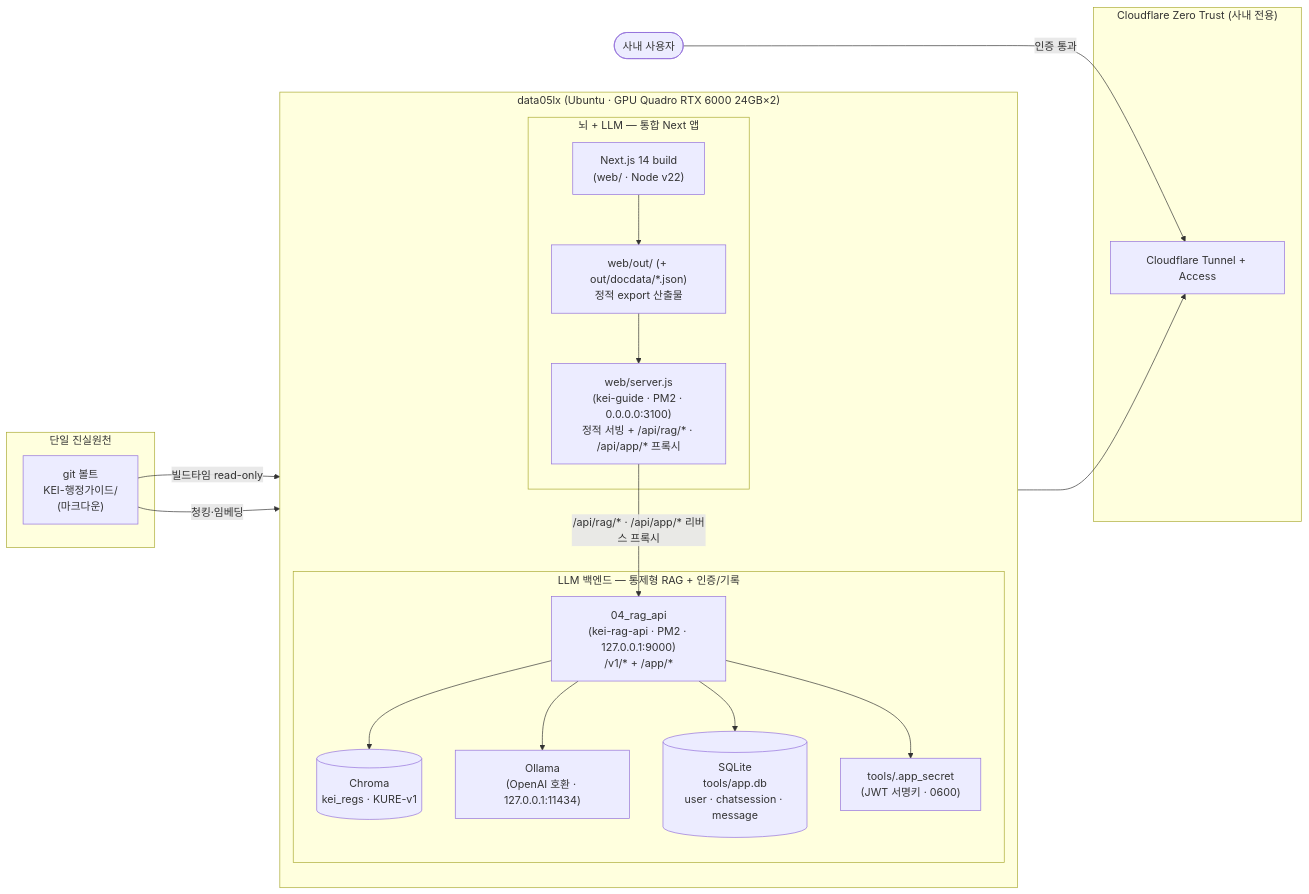
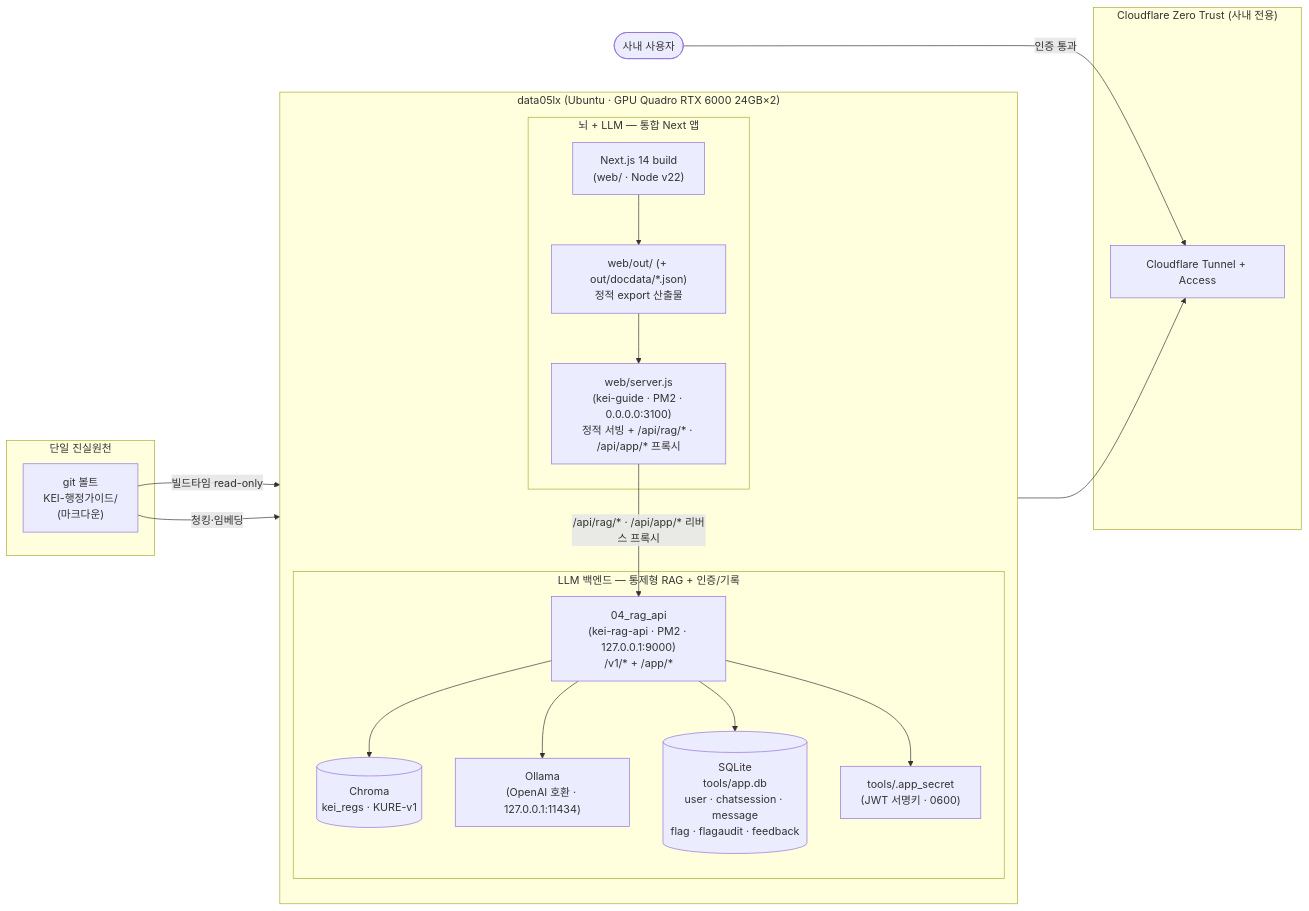
One commit to mooner92/KEIAdminSuperv changed the first of 4 diagrams in docs/06-deployment.md. Above: the diagram before and after it, drawn with Mermaid. The commit also changed other lines of this file and 13 other files, not shown here.

````diff
--- a/docs/06-deployment.md
+++ b/docs/06-deployment.md
@@ -12,42 +12,42 @@
 ```mermaid
 flowchart LR
     subgraph SoT["단일 진실원천"]
         VAULT["git 볼트<br/>KEI-행정가이드/<br/>(마크다운)"]
     end
 
     subgraph HOST["data05lx (Ubuntu · GPU Quadro RTX 6000 24GB×2)"]
         direction TB
 
         subgraph BRAIN["뇌 + LLM — 통합 Next 앱"]
             NBUILD["Next.js 14 build<br/>(web/ · Node v22)"]
             OUT["web/out/ (+ out/docdata/*.json)<br/>정적 export 산출물"]
             SERVER["web/server.js<br/>(kei-guide · PM2 · 0.0.0.0:3100)<br/>정적 서빙 + /api/rag/* · /api/app/* 프록시"]
             NBUILD --> OUT --> SERVER
         end
 
         subgraph SECRETARY["LLM 백엔드 — 통제형 RAG + 인증/기록"]
             RAGAPI["04_rag_api<br/>(kei-rag-api · PM2 · 127.0.0.1:9000)<br/>/v1/* + /app/*"]
             CHROMA[("Chroma<br/>kei_regs · KURE-v1")]
             OLLAMA["Ollama<br/>(OpenAI 호환 · 127.0.0.1:11434)"]
-            APPDB[("SQLite<br/>tools/app.db<br/>user · chatsession · message")]
+            APPDB[("SQLite<br/>tools/app.db<br/>user · chatsession · message<br/>flag · flagaudit · feedback")]
             SECRET["tools/.app_secret<br/>(JWT 서명키 · 0600)"]
             RAGAPI --> CHROMA
             RAGAPI --> OLLAMA
             RAGAPI --> APPDB
             RAGAPI --> SECRET
         end
 
         SERVER -->|/api/rag/* · /api/app/* 리버스 프록시| RAGAPI
     end
 
     subgraph CF["Cloudflare Zero Trust (사내 전용)"]
         TUNNEL["Cloudflare Tunnel + Access"]
     end
 
     VAULT -->|빌드타임 read-only| NBUILD
     VAULT -->|청킹·임베딩| CHROMA
 
     SERVER --> TUNNEL
 
     USER(["사내 사용자"]) -->|인증 통과| TUNNEL
 ```
````
